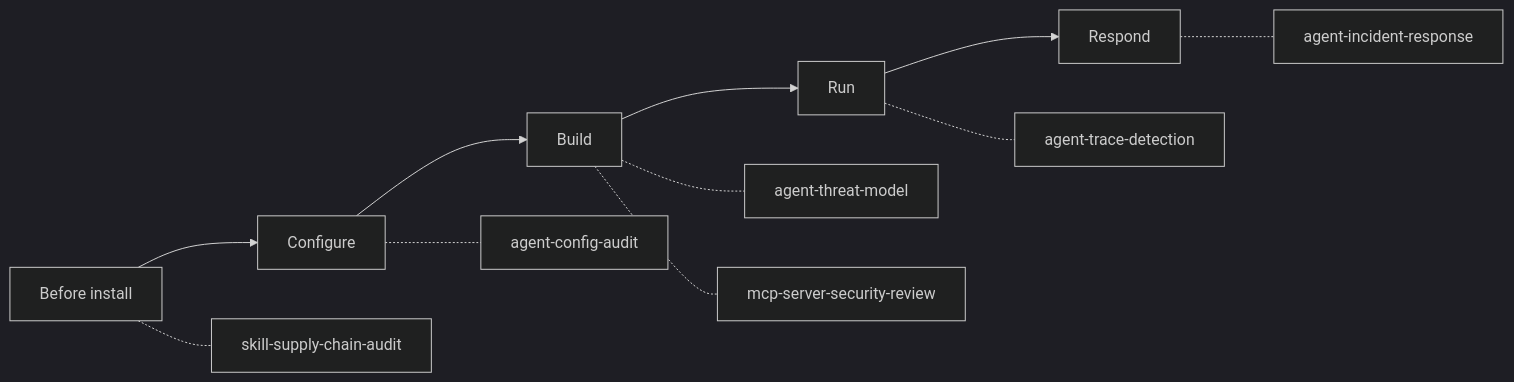
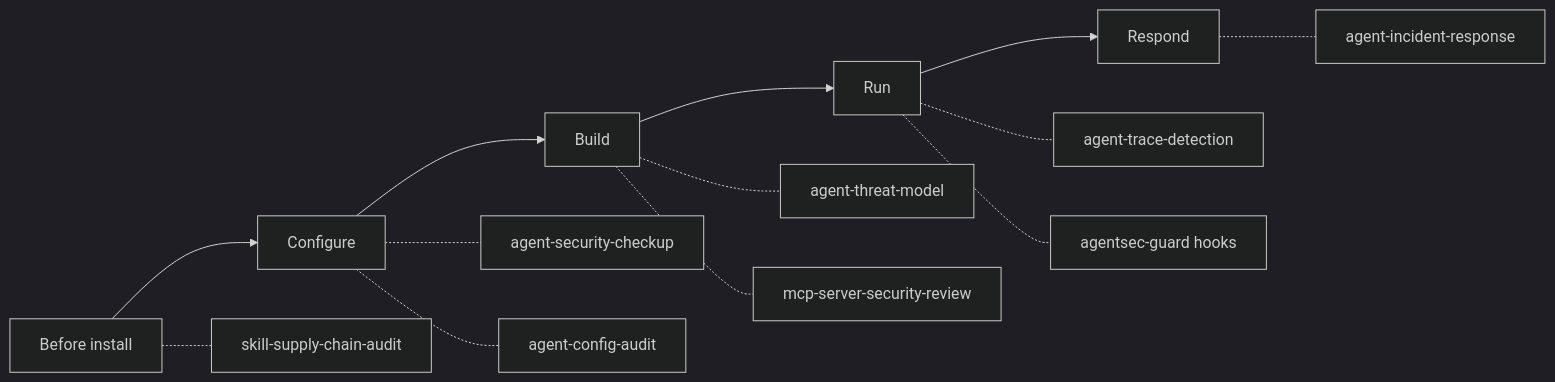
Before and after one commit to howardhsieh/agent-security-skills: the first of 2 diagrams in README.md, drawn with Mermaid (dark theme). The commit also changed other lines of this file and 29 other files, not shown here.

````diff
--- a/README.md
+++ b/README.md
@@ -35,10 +64,12 @@
 ```mermaid
 flowchart LR
     A[Before install] --> B[Configure] --> C[Build] --> D[Run] --> E[Respond]
     A -.- A1[skill-supply-chain-audit]
+    B -.- B0[agent-security-checkup]
     B -.- B1[agent-config-audit]
     C -.- C1[agent-threat-model]
     C -.- C2[mcp-server-security-review]
     D -.- D1[agent-trace-detection]
+    D -.- D2[agentsec-guard hooks]
     E -.- E1[agent-incident-response]
 ```
````
